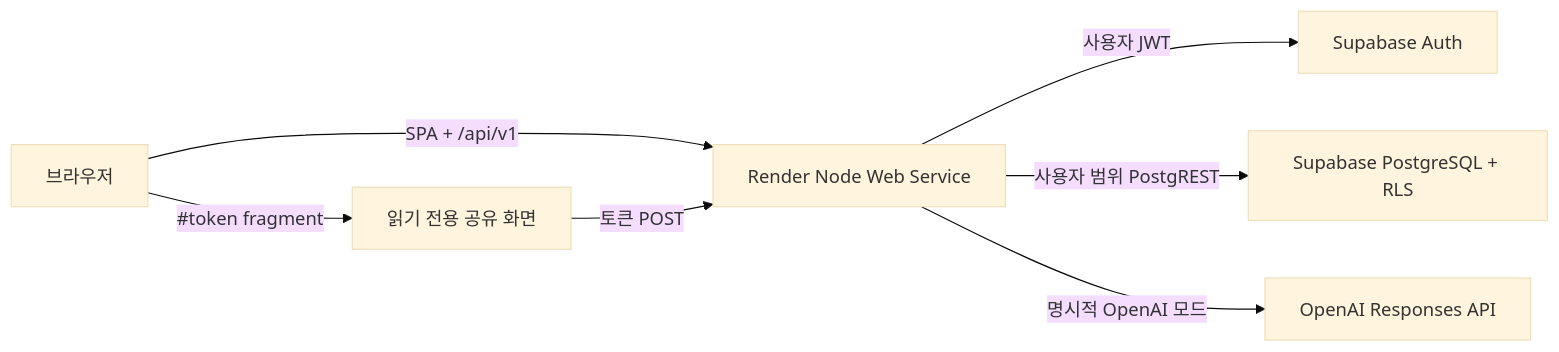
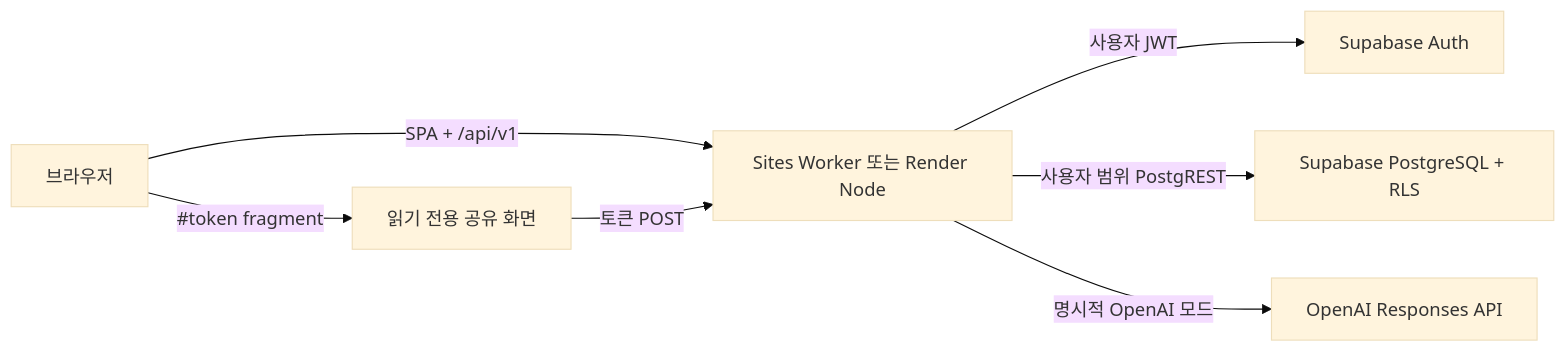
Before and after one commit to Mureung1/hub-showcase: the diagram in docs/trd.md, drawn with Mermaid (base theme). The commit also changed other lines of this file and 21 other files, not shown here.

Commit message:
Add Sites Worker deployment

````diff
--- a/docs/trd.md
+++ b/docs/trd.md
@@ -11,9 +11,9 @@
 ```mermaid
 flowchart LR
-    U["브라우저"] -->|"SPA + /api/v1"| N["Render Node Web Service"]
-    N -->|"사용자 JWT"| A["Supabase Auth"]
-    N -->|"사용자 범위 PostgREST"| D["Supabase PostgreSQL + RLS"]
-    N -->|"명시적 OpenAI 모드"| O["OpenAI Responses API"]
+    U["브라우저"] -->|"SPA + /api/v1"| C["Sites Worker 또는 Render Node"]
+    C -->|"사용자 JWT"| A["Supabase Auth"]
+    C -->|"사용자 범위 PostgREST"| D["Supabase PostgreSQL + RLS"]
+    C -->|"명시적 OpenAI 모드"| O["OpenAI Responses API"]
     U -->|"#token fragment"| S["읽기 전용 공유 화면"]
-    S -->|"토큰 POST"| N
+    S -->|"토큰 POST"| C
 ```
````
